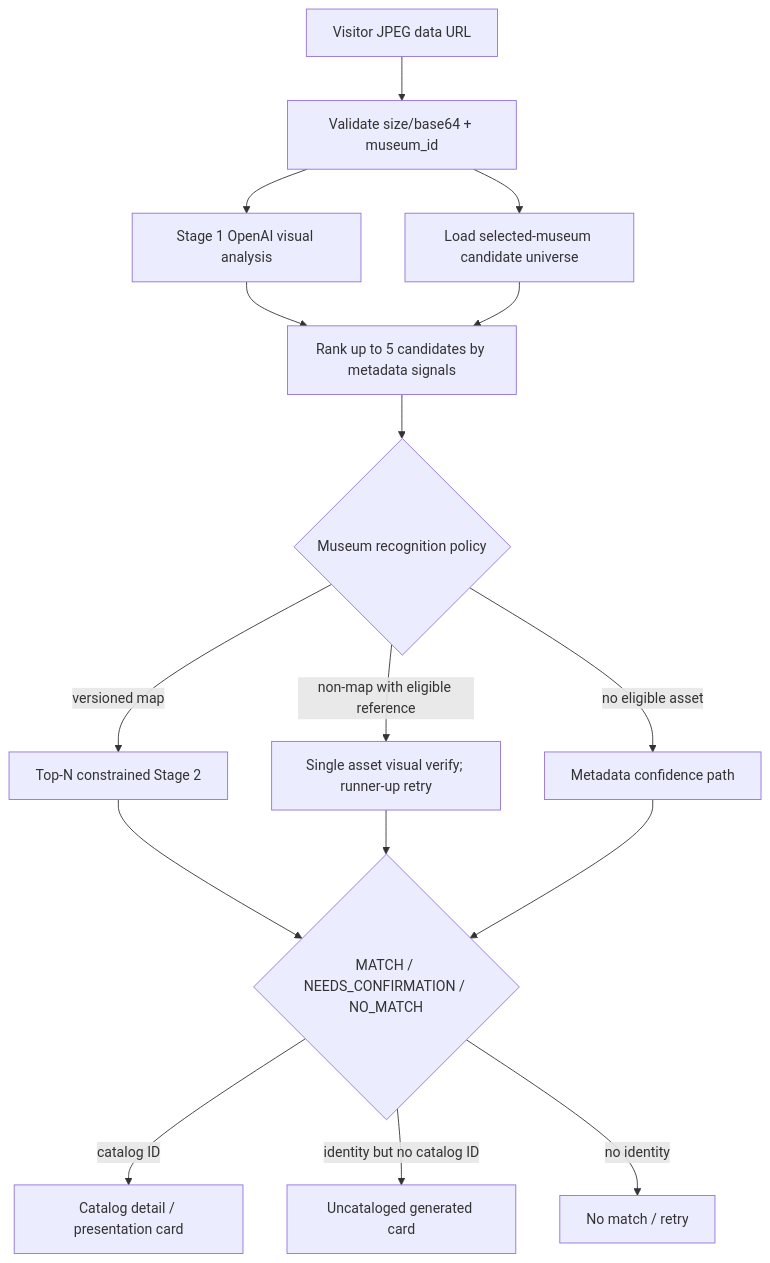
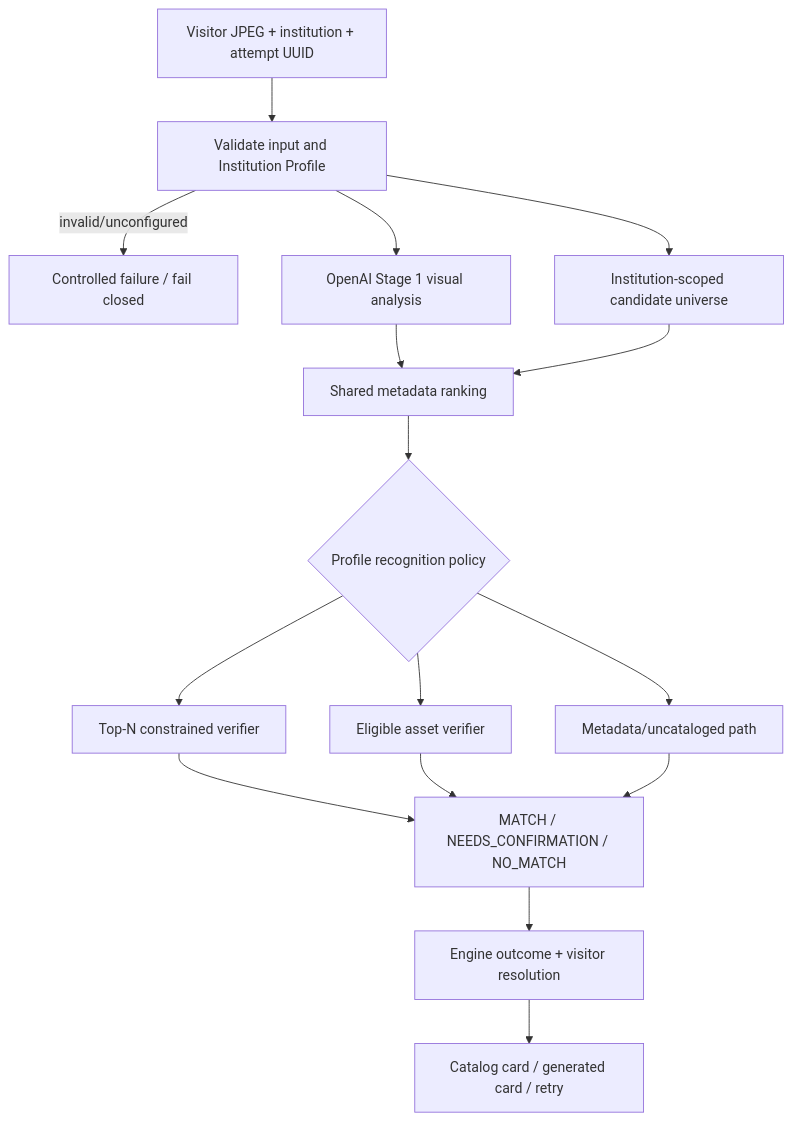
One commit to shopqrepublik/aura changed the diagram in docs/recognition/RECOGNITION_PIPELINE.md. Above: the diagram before and after it, drawn with Mermaid. The commit also changed other lines of this file and 31 other files, not shown here.

````diff
--- a/docs/recognition/RECOGNITION_PIPELINE.md
+++ b/docs/recognition/RECOGNITION_PIPELINE.md
@@ -7,18 +5,18 @@
 ```mermaid
 flowchart TD
-  I[Visitor JPEG data URL] --> Q[Validate size/base64 + museum_id]
-  Q --> C[Load selected-museum candidate universe]
-  Q --> S1[Stage 1 OpenAI visual analysis]
-  S1 --> R[Rank up to 5 candidates by metadata signals]
+  I[Visitor JPEG + institution + attempt UUID] --> Q[Validate input and Institution Profile]
+  Q -->|invalid/unconfigured| X[Controlled failure / fail closed]
+  Q --> S1[OpenAI Stage 1 visual analysis]
+  Q --> C[Institution-scoped candidate universe]
+  S1 --> R[Shared metadata ranking]
   C --> R
-  R --> P{Museum recognition policy}
-  P -->|versioned map| T[Top-N constrained Stage 2]
-  P -->|non-map with eligible reference| V[Single asset visual verify; runner-up retry]
-  P -->|no eligible asset| M[Metadata confidence path]
-  T --> D{MATCH / NEEDS_CONFIRMATION / NO_MATCH}
+  R --> P{Profile recognition policy}
+  P --> T[Top-N constrained verifier]
+  P --> V[Eligible asset verifier]
+  P --> M[Metadata/uncataloged path]
+  T --> D[MATCH / NEEDS_CONFIRMATION / NO_MATCH]
   V --> D
   M --> D
-  D -->|catalog ID| A[Catalog detail / presentation card]
-  D -->|identity but no catalog ID| U[Uncataloged generated card]
-  D -->|no identity| N[No match / retry]
+  D --> E[Engine outcome + visitor resolution]
+  E --> A[Catalog card / generated card / retry]
 ```
````
